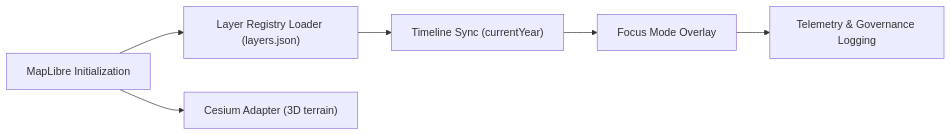
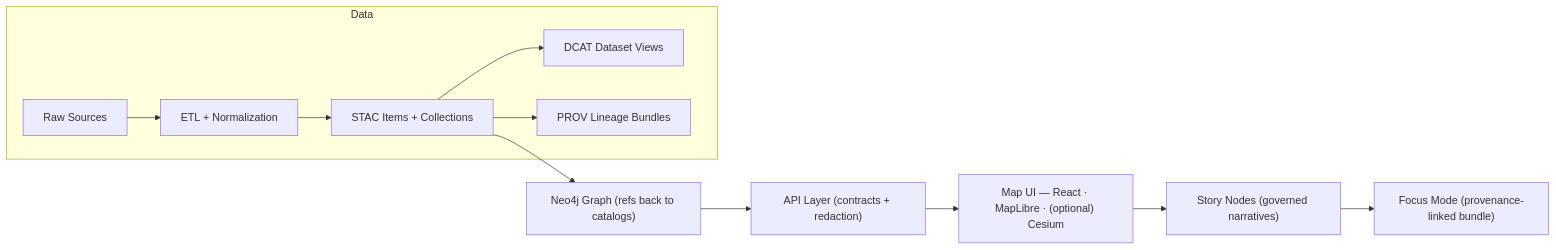
Before and after one commit to bartytime4life/Kansas-Frontier-Matrix: the first of 2 diagrams in web/src/features/map/README.md, drawn with Mermaid. The commit also changed other lines of this file, not shown here.

````diff
--- a/web/src/features/map/README.md
+++ b/web/src/features/map/README.md
@@ -71,8 +82,15 @@
 ```mermaid
 flowchart LR
-  A["MapLibre Initialization"] --> B["Layer Registry Loader (layers.json)"]
-  B --> C["Timeline Sync (currentYear)"]
-  C --> D["Focus Mode Overlay"]
-  D --> E["Telemetry & Governance Logging"]
-  A --> F["Cesium Adapter (3D terrain)"]
+  subgraph Data
+    A["Raw Sources"] --> B["ETL + Normalization"]
+    B --> C["STAC Items + Collections"]
+    C --> D["DCAT Dataset Views"]
+    C --> E["PROV Lineage Bundles"]
+  end
+
+  C --> G["Neo4j Graph (refs back to catalogs)"]
+  G --> H["API Layer (contracts + redaction)"]
+  H --> I["Map UI — React · MapLibre · (optional) Cesium"]
+  I --> J["Story Nodes (governed narratives)"]
+  J --> K["Focus Mode (provenance-linked bundle)"]
 ```
````
